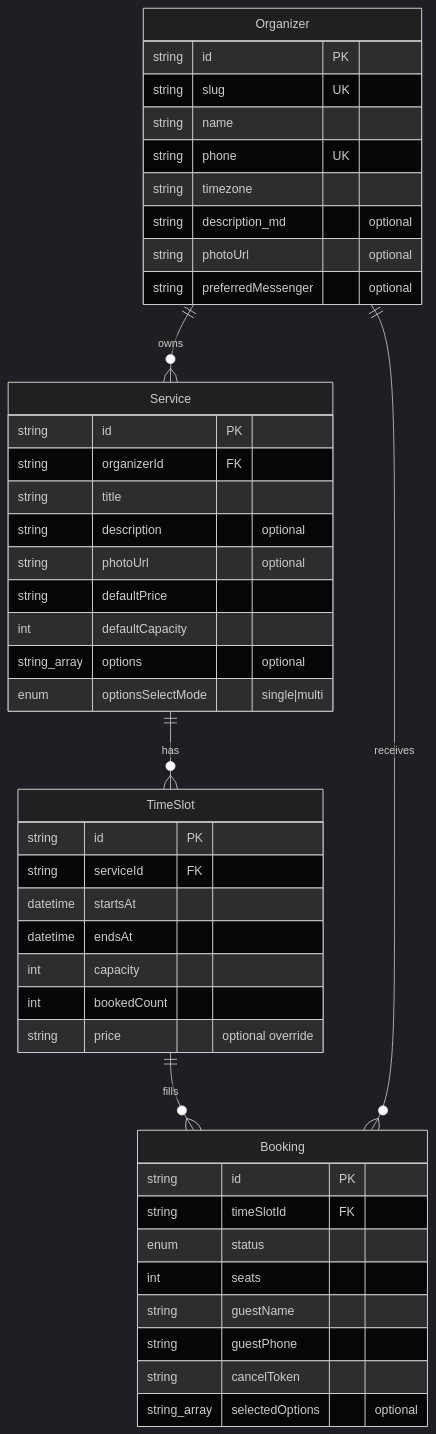
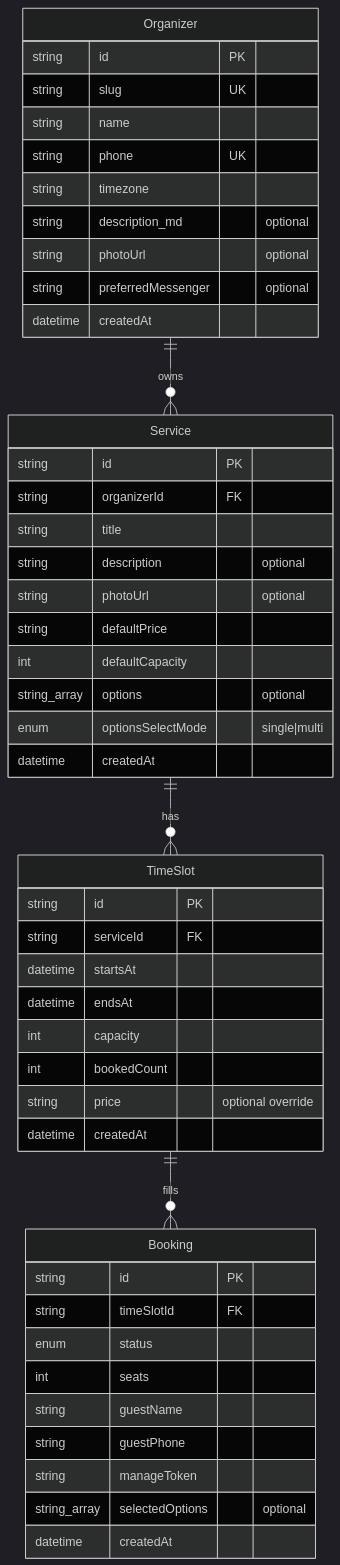
Before and after one commit to RM66/count-me-in: the diagram in docs/domain.md, drawn with Mermaid (dark theme). The commit also changed other lines of this file and 14 other files, not shown here.

````diff
--- a/docs/domain.md
+++ b/docs/domain.md
@@ -9,48 +9,51 @@
 ```mermaid
 erDiagram
   Organizer ||--o{ Service : owns
   Service ||--o{ TimeSlot : has
   TimeSlot ||--o{ Booking : fills
-  Organizer ||--o{ Booking : receives
 
   Organizer {
     string id PK
     string slug UK
     string name
     string phone UK
     string timezone
     string description_md "optional"
     string photoUrl "optional"
     string preferredMessenger "optional"
+    datetime createdAt
   }
   Service {
     string id PK
     string organizerId FK
     string title
     string description "optional"
     string photoUrl "optional"
     string defaultPrice
     int defaultCapacity
     string_array options "optional"
     enum optionsSelectMode "single|multi"
+    datetime createdAt
   }
   TimeSlot {
     string id PK
     string serviceId FK
     datetime startsAt
     datetime endsAt
     int capacity
     int bookedCount
     string price "optional override"
+    datetime createdAt
   }
   Booking {
     string id PK
     string timeSlotId FK
     enum status
     int seats
     string guestName
     string guestPhone
-    string cancelToken
+    string manageToken
     string_array selectedOptions "optional"
+    datetime createdAt
   }
 ```
````
